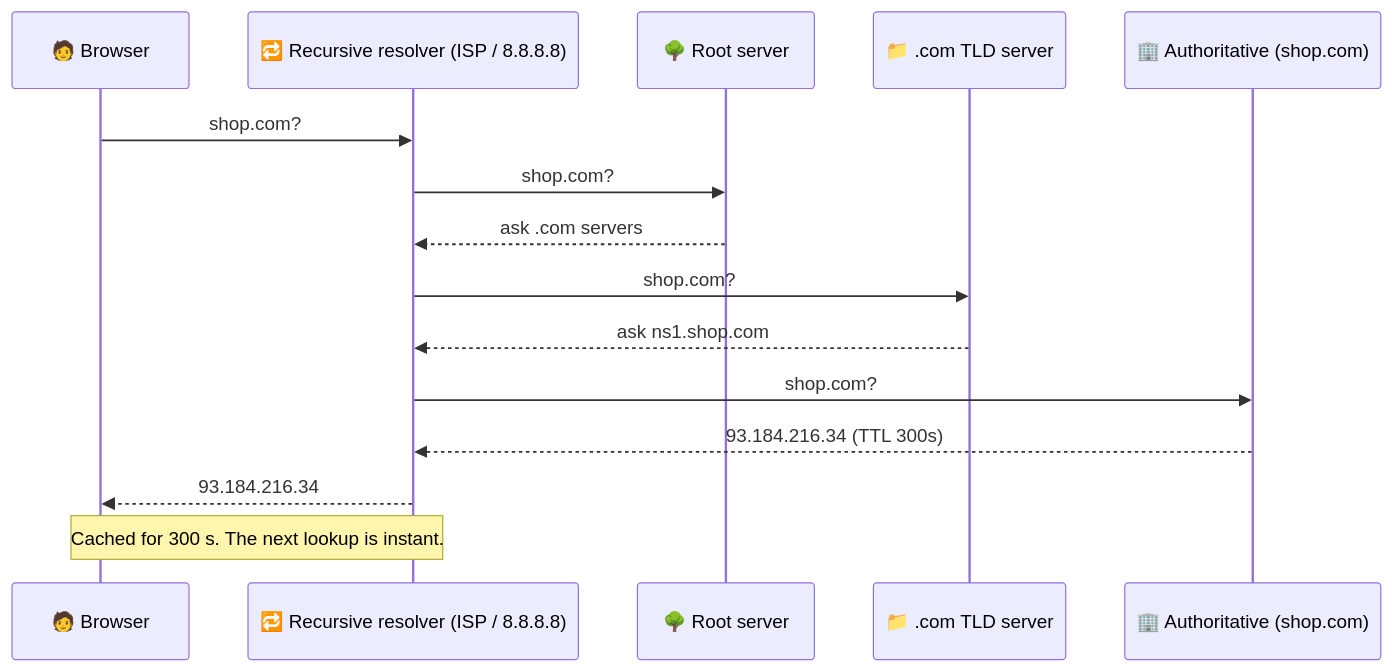
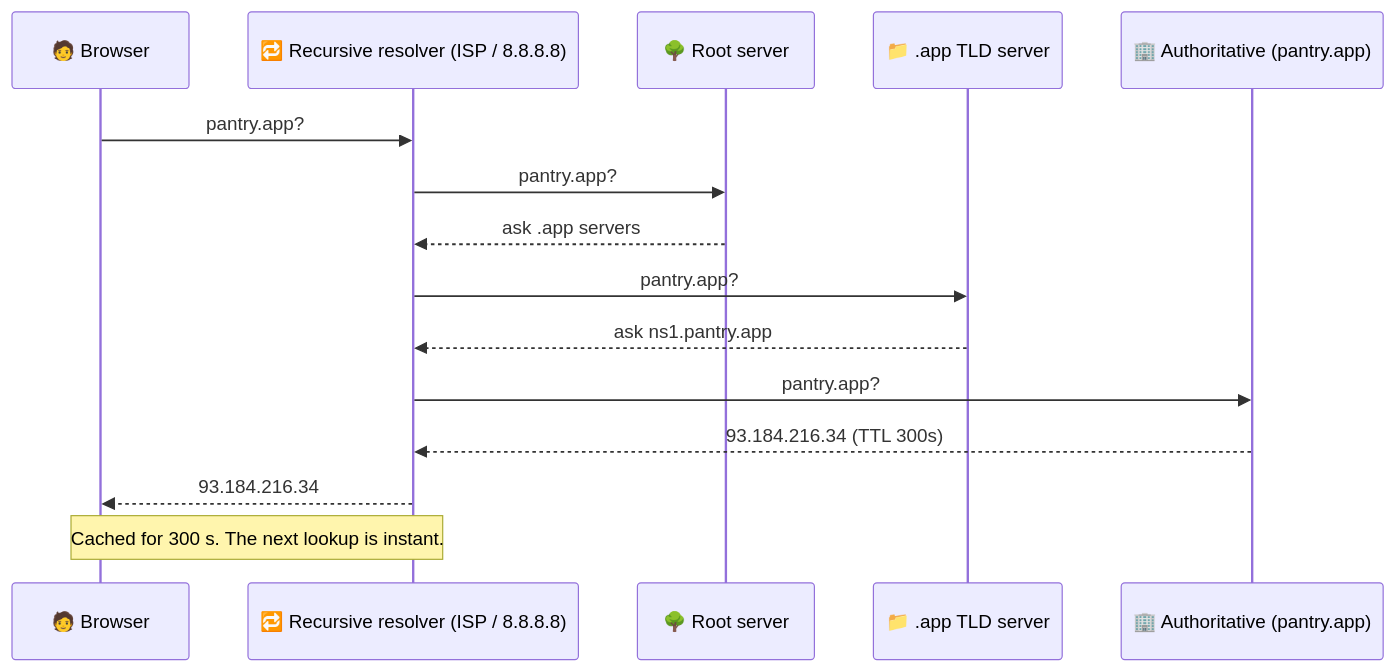
Before and after one commit to winnyboy5/System-Design-from-Atoms: the diagram in phases/02-networking/011-dns.md, drawn with Mermaid. The commit also changed other lines of this file and 7 other files, not shown here.

````diff
--- a/phases/02-networking/011-dns.md
+++ b/phases/02-networking/011-dns.md
@@ -29,17 +39,17 @@
 ```mermaid
 sequenceDiagram
     participant B as 🧑 Browser
     participant R as 🔁 Recursive resolver (ISP / 8.8.8.8)
     participant Root as 🌳 Root server
-    participant TLD as 📁 .com TLD server
-    participant Auth as 🏢 Authoritative (shop.com)
-    B->>R: shop.com?
-    R->>Root: shop.com?
-    Root-->>R: ask .com servers
-    R->>TLD: shop.com?
-    TLD-->>R: ask ns1.shop.com
-    R->>Auth: shop.com?
+    participant TLD as 📁 .app TLD server
+    participant Auth as 🏢 Authoritative (pantry.app)
+    B->>R: pantry.app?
+    R->>Root: pantry.app?
+    Root-->>R: ask .app servers
+    R->>TLD: pantry.app?
+    TLD-->>R: ask ns1.pantry.app
+    R->>Auth: pantry.app?
     Auth-->>R: 93.184.216.34 (TTL 300s)
     R-->>B: 93.184.216.34
     Note over R,B: Cached for 300 s. The next lookup is instant.
 ```
````
